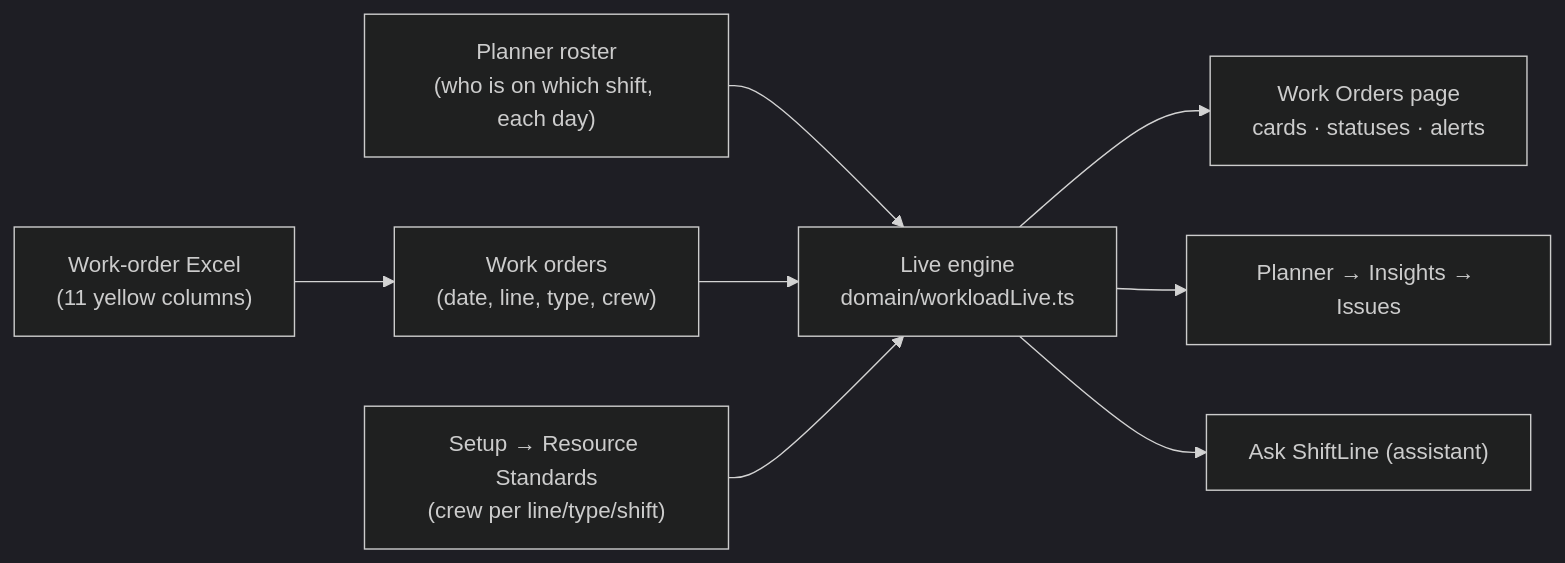
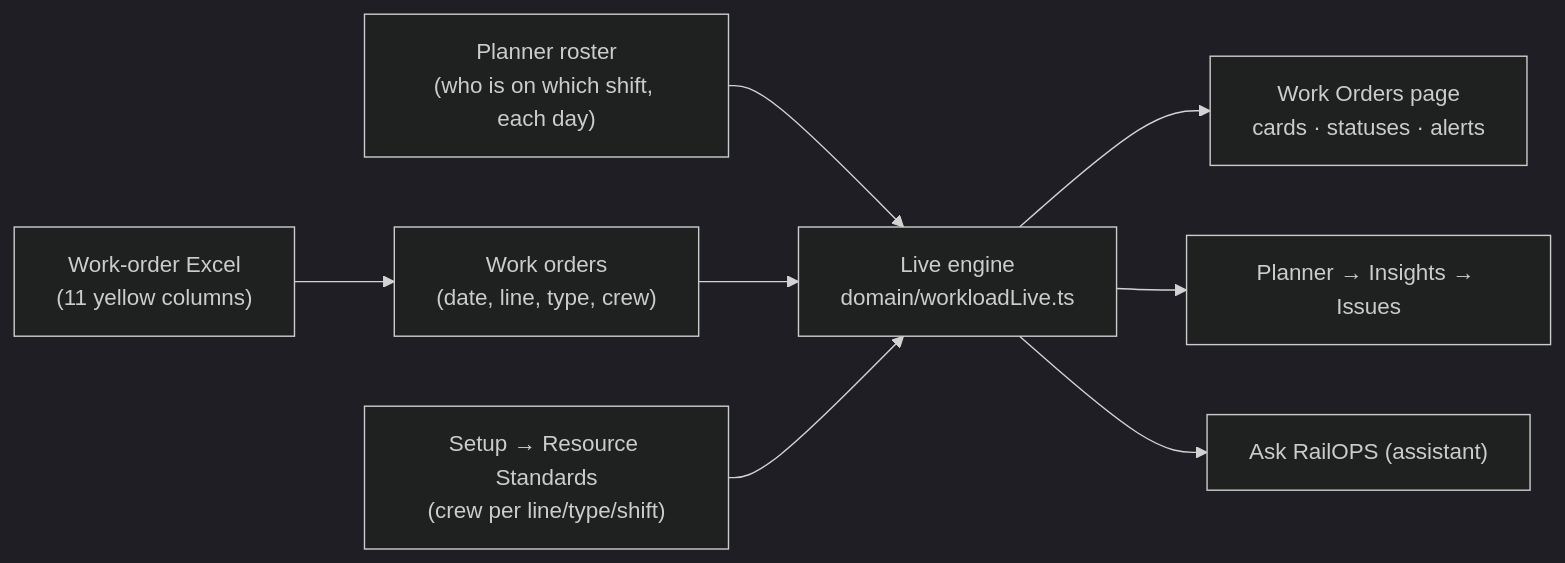
One commit to furqankazim-creator/LineRoster- changed the diagram in WORK_ORDERS_SYSTEM_GUIDE.md. Above: the diagram before and after it, drawn with Mermaid (dark theme). The commit also changed other lines of this file and 29 other files, not shown here.

First line of the commit message:
Rename the product from ShiftLine to RailOPS (everything people see)

````diff
--- a/WORK_ORDERS_SYSTEM_GUIDE.md
+++ b/WORK_ORDERS_SYSTEM_GUIDE.md
@@ -9,10 +9,10 @@
 ```mermaid
 flowchart LR
   X["Work-order Excel<br/>(11 yellow columns)"] --> W["Work orders<br/>(date, line, type, crew)"]
   P["Planner roster<br/>(who is on which shift, each day)"] --> E["Live engine<br/>domain/workloadLive.ts"]
   W --> E
   S["Setup → Resource Standards<br/>(crew per line/type/shift)"] --> E
   E --> C["Work Orders page<br/>cards · statuses · alerts"]
   E --> I["Planner → Insights → Issues"]
-  E --> A["Ask ShiftLine (assistant)"]
+  E --> A["Ask RailOPS (assistant)"]
 ```
````
